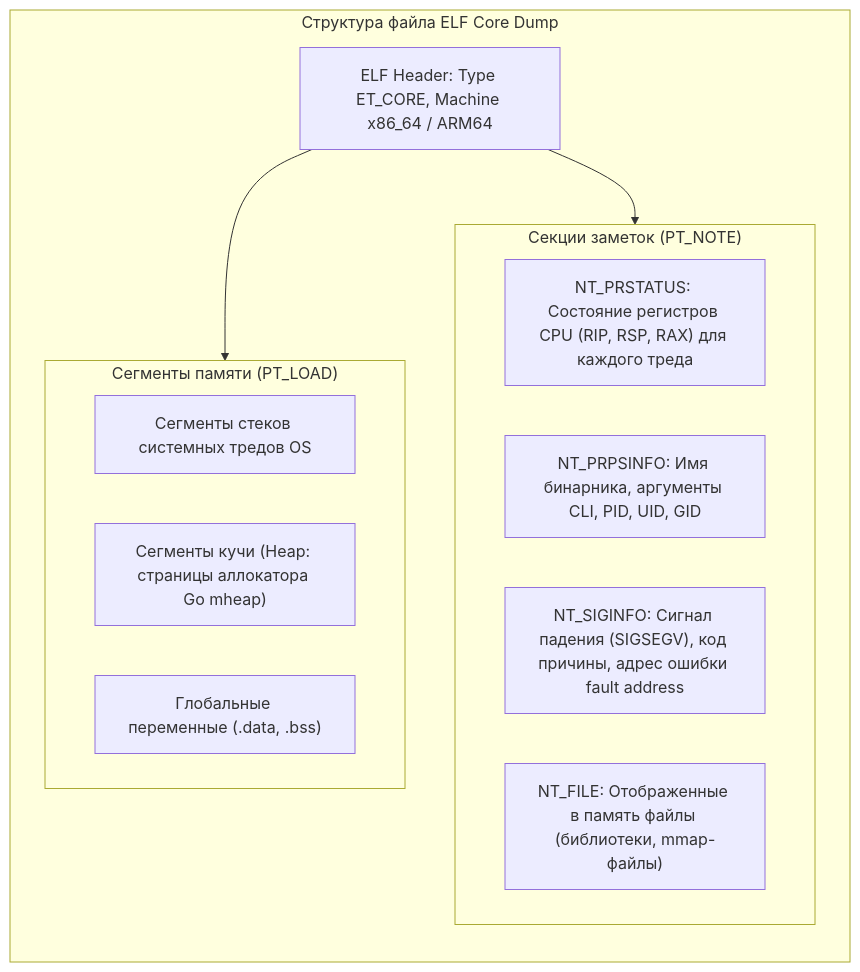
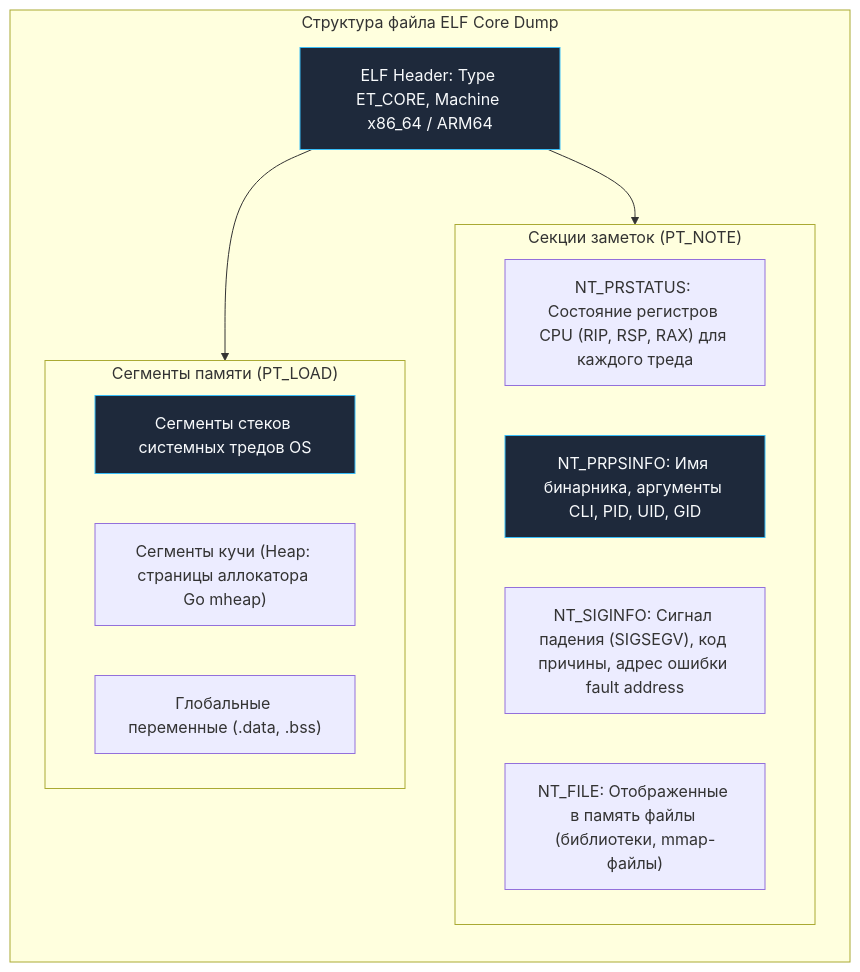
Before and after one commit to UnrealTemplier/go-textbook: the third of 4 diagrams in sources/2. Устройство и работа ОС/59. Crash Dump, Core Dump и анализ падений.md, drawn with Mermaid. The commit also changed other lines of this file and 1666 other files, not shown here.

First line of the commit message:
feat(mermaid): add semantic color classDef to 1369 colorless flowchart/graph diagrams

````diff
--- a/sources/2. Устройство и работа ОС/59. Crash Dump, Core Dump и анализ падений.md
+++ b/sources/2. Устройство и работа ОС/59. Crash Dump, Core Dump и анализ падений.md
@@ -105,23 +115,33 @@
 ```mermaid
 flowchart TD
+    classDef process  fill:#1e293b,stroke:#38bdf8,stroke-width:1px,color:#f8fafc
+    classDef success  fill:#064e3b,stroke:#34d399,stroke-width:1px,color:#f8fafc
+    classDef error    fill:#7f1d1d,stroke:#f87171,stroke-width:1px,color:#f8fafc
+    classDef warning  fill:#78350f,stroke:#fbbf24,stroke-width:1px,color:#f8fafc
+    classDef entry    fill:#1e3a5f,stroke:#38bdf8,stroke-width:2px,color:#f8fafc
+    classDef aux      fill:#334155,stroke:#64748b,stroke-width:1px,color:#f8fafc
+    classDef system   fill:#312e81,stroke:#a78bfa,stroke-width:1px,color:#f8fafc
+    classDef data     fill:#132d29,stroke:#2dd4bf,stroke-width:1px,color:#f8fafc
+    classDef network  fill:#881337,stroke:#fb7185,stroke-width:1px,color:#f8fafc
+    classDef accent   fill:#1e1b4b,stroke:#818cf8,stroke-width:1px,color:#f8fafc
     subgraph ELFStructure ["Структура файла ELF Core Dump"]
         direction TB
-        ELFHeader["ELF Header: Type ET_CORE, Machine x86_64 / ARM64"]
+        ELFHeader["ELF Header: Type ET_CORE, Machine x86_64 / ARM64"]:::process
         
         subgraph NoteSection ["Секции заметок (PT_NOTE)"]
             PRSTATUS["NT_PRSTATUS: Состояние регистров CPU (RIP, RSP, RAX) для каждого треда"]
-            PRPSINFO["NT_PRPSINFO: Имя бинарника, аргументы CLI, PID, UID, GID"]
+            PRPSINFO["NT_PRPSINFO: Имя бинарника, аргументы CLI, PID, UID, GID"]:::process
             SIGINFO["NT_SIGINFO: Сигнал падения (SIGSEGV), код причины, адрес ошибки fault address"]
             FILES["NT_FILE: Отображенные в память файлы (библиотеки, mmap-файлы)"]
         end
 
         subgraph MemorySegments ["Сегменты памяти (PT_LOAD)"]
-            StackSeg["Сегменты стеков системных тредов OS"]
+            StackSeg["Сегменты стеков системных тредов OS"]:::process
             HeapSeg["Сегменты кучи (Heap: страницы аллокатора Go mheap)"]
             DataSeg["Глобальные переменные (.data, .bss)"]
         end
     end
 
     ELFHeader --> NoteSection
     ELFHeader --> MemorySegments
 ```
````
